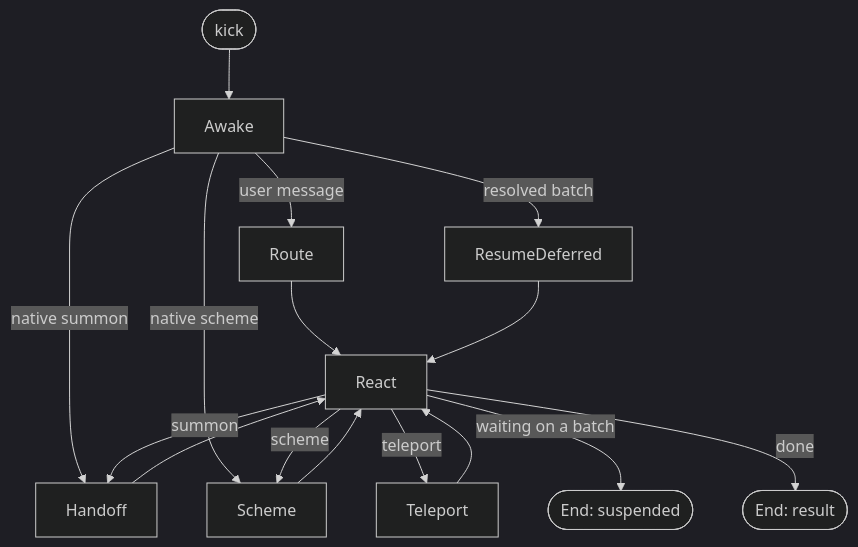
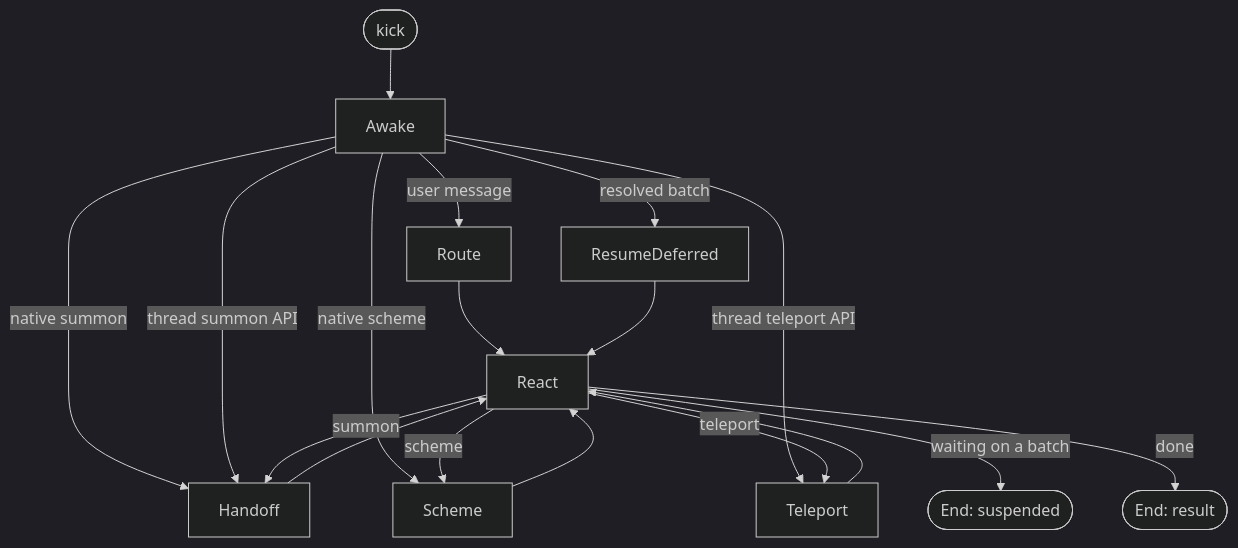
Before and after one commit to kalynnka/octomate: the diagram in docs/concepts/reflex.md, drawn with Mermaid (dark theme). The commit also changed other lines of this file and 24 other files, not shown here.

````diff
--- a/docs/concepts/reflex.md
+++ b/docs/concepts/reflex.md
@@ -15,18 +15,20 @@
 ```mermaid
 flowchart TD
   START([kick]) --> Awake
   Awake -->|resolved batch| ResumeDeferred
   Awake -->|native summon| Handoff
   Awake -->|native scheme| Scheme
+  Awake -->|thread summon API| Handoff
+  Awake -->|thread teleport API| Teleport
   Awake -->|user message| Route
   Route --> React
   React -->|summon| Handoff
   React -->|scheme| Scheme
   React -->|teleport| Teleport
   React -->|waiting on a batch| Deferred([End: suspended])
   React -->|done| Done([End: result])
   Handoff --> React
   Scheme --> React
   Teleport --> React
   ResumeDeferred --> React
 ```
````
